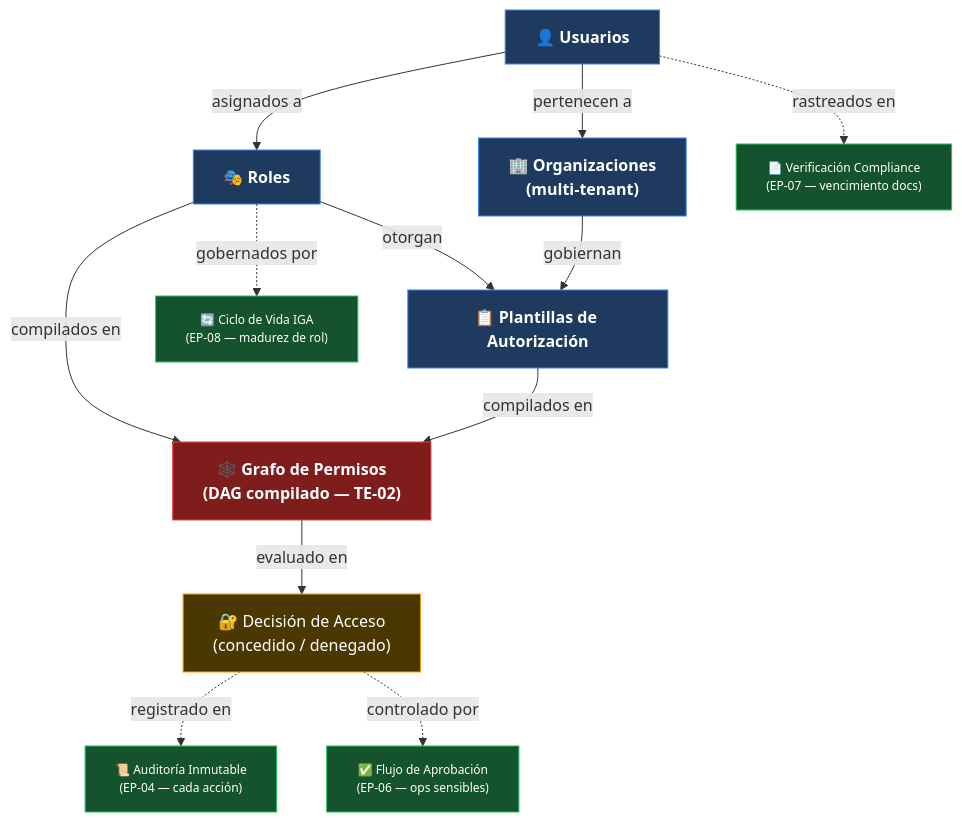
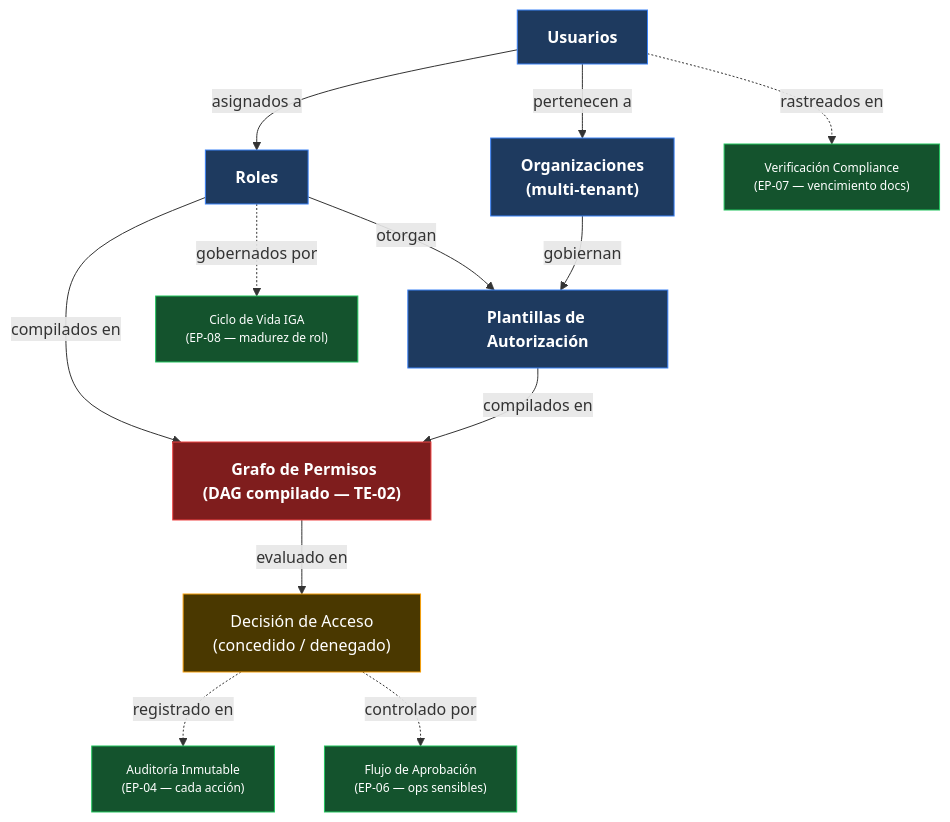
One commit to beyondnetcode/evolith_arch32 changed the second of 7 diagrams in reference/knowledge/demo/ums-technical-overview.es.md. Above: the diagram before and after it, drawn with Mermaid. The commit also changed other lines of this file and 41 other files, not shown here.

````diff
--- a/reference/knowledge/demo/ums-technical-overview.es.md
+++ b/reference/knowledge/demo/ums-technical-overview.es.md
@@ -67,31 +67,31 @@
 ```mermaid
 flowchart TB
     classDef entity fill:#1e3a5f,stroke:#3b82f6,color:#fff,font-weight:bold
     classDef permgraph fill:#7f1d1d,stroke:#ef4444,color:#fff,font-weight:bold
     classDef cross fill:#14532d,stroke:#22c55e,color:#fff,font-size:12px
     classDef decision fill:#4a3800,stroke:#f59e0b,color:#fff
 
-    USERS["👤 Usuarios"]:::entity
-    ORGS["🏢 Organizaciones\n(multi-tenant)"]:::entity
-    ROLES["🎭 Roles"]:::entity
-    TEMPLATES["📋 Plantillas de Autorización"]:::entity
-    GRAPH["🕸️ Grafo de Permisos\n(DAG compilado — TE-02)"]:::permgraph
-    REQUEST["🔐 Decisión de Acceso\n(concedido / denegado)"]:::decision
+    USERS[" Usuarios"]:::entity
+    ORGS[" Organizaciones\n(multi-tenant)"]:::entity
+    ROLES[" Roles"]:::entity
+    TEMPLATES[" Plantillas de Autorización"]:::entity
+    GRAPH["️ Grafo de Permisos\n(DAG compilado — TE-02)"]:::permgraph
+    REQUEST[" Decisión de Acceso\n(concedido / denegado)"]:::decision
 
     USERS -->|"pertenecen a"| ORGS
     USERS -->|"asignados a"| ROLES
     ROLES -->|"otorgan"| TEMPLATES
     ORGS -->|"gobiernan"| TEMPLATES
     ROLES & TEMPLATES -->|"compilados en"| GRAPH
     GRAPH -->|"evaluado en"| REQUEST
 
-    AUD["📜 Auditoría Inmutable\n(EP-04 — cada acción)"]:::cross
-    APP["✅ Flujo de Aprobación\n(EP-06 — ops sensibles)"]:::cross
-    COMP["📄 Verificación Compliance\n(EP-07 — vencimiento docs)"]:::cross
-    IGA_N["🔄 Ciclo de Vida IGA\n(EP-08 — madurez de rol)"]:::cross
+    AUD[" Auditoría Inmutable\n(EP-04 — cada acción)"]:::cross
+    APP[" Flujo de Aprobación\n(EP-06 — ops sensibles)"]:::cross
+    COMP[" Verificación Compliance\n(EP-07 — vencimiento docs)"]:::cross
+    IGA_N[" Ciclo de Vida IGA\n(EP-08 — madurez de rol)"]:::cross
 
     REQUEST -.->|"registrado en"| AUD
     REQUEST -.->|"controlado por"| APP
     USERS -.->|"rastreados en"| COMP
     ROLES -.->|"gobernados por"| IGA_N
 ```
````
